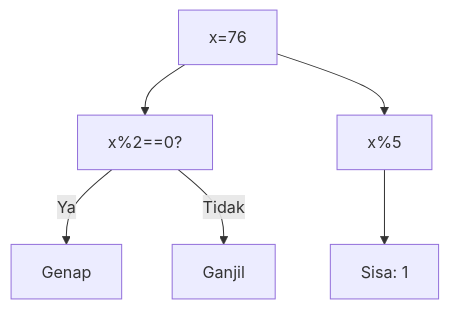
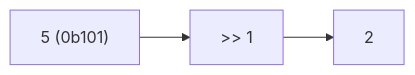
Before and after one commit to amnahwaida/OSNK_INF_PREP: diagram 16 of 25 in part-c-pemahaman-cpp/06-bitwise/latihan/set-04.md, drawn with Mermaid. The commit also changed other lines of this file and 71 other files, not shown here.

````diff
--- a/part-c-pemahaman-cpp/06-bitwise/latihan/set-04.md
+++ b/part-c-pemahaman-cpp/06-bitwise/latihan/set-04.md
@@ -465,8 +416,5 @@
 ```mermaid
-graph TD
-A["x=76"] --> B["x%2==0?"]
-B -- Ya --> C["Genap"]
-B -- Tidak --> D["Ganjil"]
-A --> E["x%5"]
-E --> F["Sisa: 1"]
+graph LR
+A["5 (0b101)"] --> B[">> 1"]
+B --> C["2"]
 ```
````
